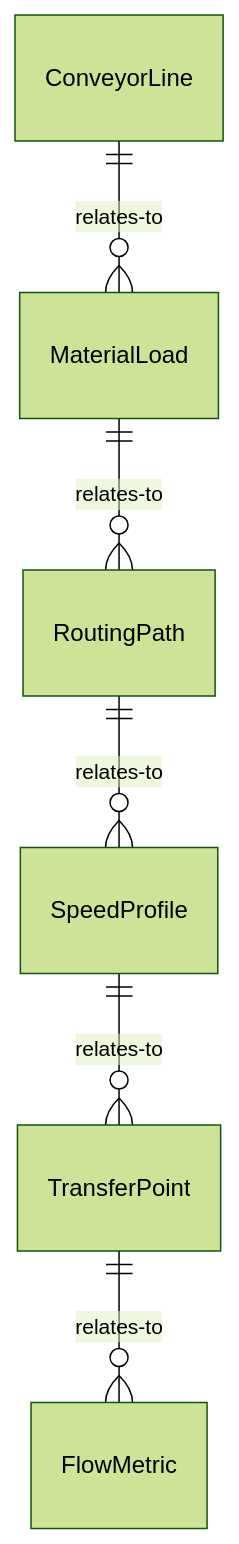
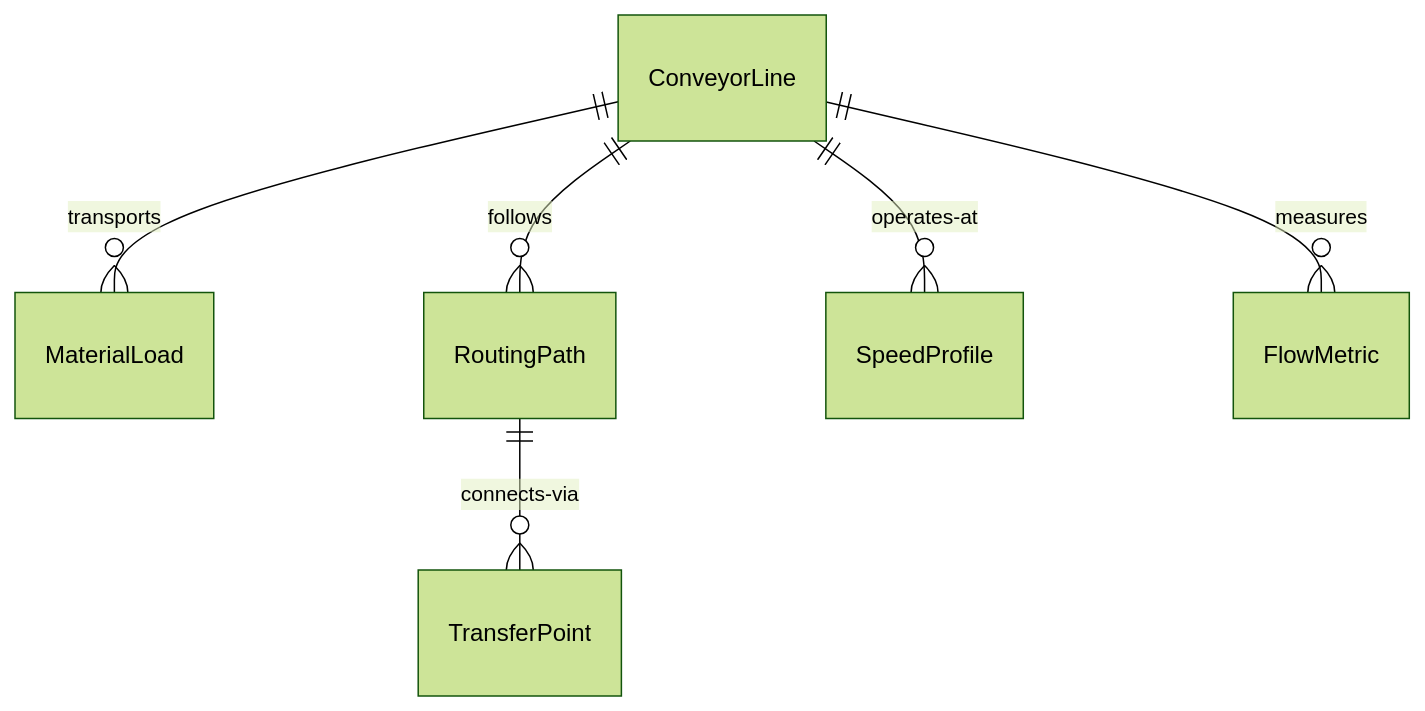
Before and after one commit to dot-org-ai/tasks.org.ai: the first of 4 diagrams in ControllingMachinesAndProcesses/OperateIndustrialProcessingOrProductionEquipment/OperateConveyorsIndustrialMaterialMoving.mdx, drawn with Mermaid (forest theme). The commit also changed other lines of this file and 515 other files, not shown here.

````diff
--- a/ControllingMachinesAndProcesses/OperateIndustrialProcessingOrProductionEquipment/OperateConveyorsIndustrialMaterialMoving.mdx
+++ b/ControllingMachinesAndProcesses/OperateIndustrialProcessingOrProductionEquipment/OperateConveyorsIndustrialMaterialMoving.mdx
@@ -87,8 +87,8 @@
 ```mermaid
 erDiagram
-    ConveyorLine ||--o{ MaterialLoad : relates-to
-    MaterialLoad ||--o{ RoutingPath : relates-to
-    RoutingPath ||--o{ SpeedProfile : relates-to
-    SpeedProfile ||--o{ TransferPoint : relates-to
-    TransferPoint ||--o{ FlowMetric : relates-to
+    ConveyorLine ||--o{ MaterialLoad : transports
+    ConveyorLine ||--o{ RoutingPath : follows
+    ConveyorLine ||--o{ SpeedProfile : operates-at
+    RoutingPath ||--o{ TransferPoint : connects-via
+    ConveyorLine ||--o{ FlowMetric : measures
 ```
````
